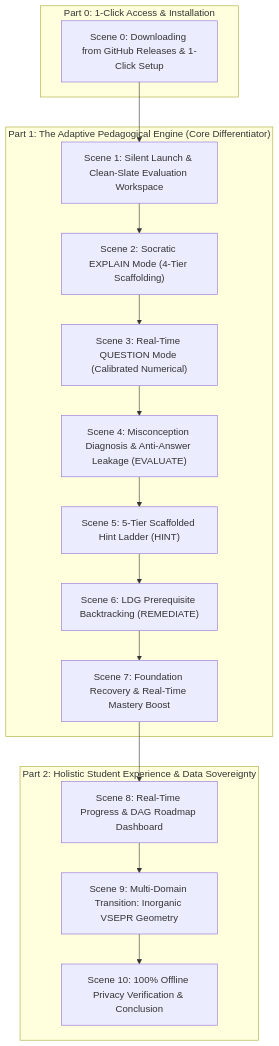
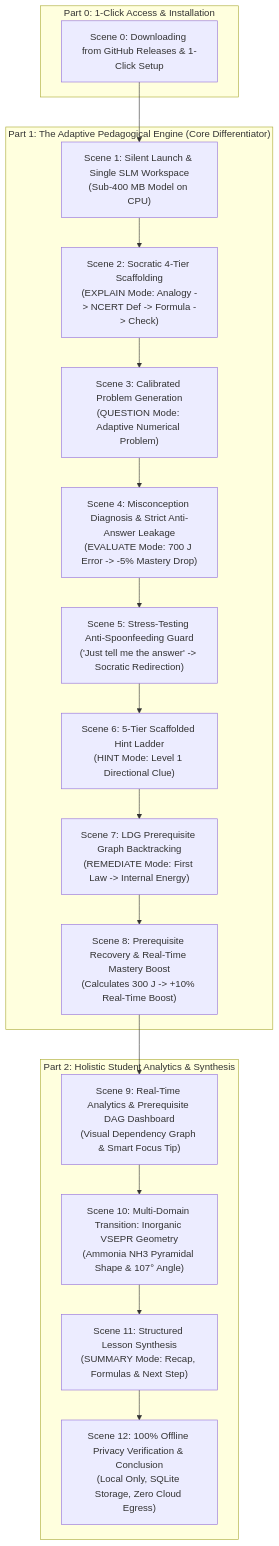
The diagram in DEMO_VIDEO_RECORDING_SCRIPT.md (ainabhinavsharma/Gayatri-Tutor-Chemistry), drawn with Mermaid before and after one commit. The commit also changed other lines of this file and 1 other file, not shown here.

Commit message:
docs(demo): complete 12-scene master demo video script for single SLM deployment

````diff
--- a/DEMO_VIDEO_RECORDING_SCRIPT.md
+++ b/DEMO_VIDEO_RECORDING_SCRIPT.md
@@ -28,22 +32,24 @@
 ```mermaid
 flowchart TD
     subgraph Part0 ["Part 0: 1-Click Access & Installation"]
         S0["Scene 0: Downloading from GitHub Releases & 1-Click Setup"]
     end
 
     subgraph Part1 ["Part 1: The Adaptive Pedagogical Engine (Core Differentiator)"]
-        S0 --> S1["Scene 1: Silent Launch & Clean-Slate Evaluation Workspace"]
-        S1 --> S2["Scene 2: Socratic EXPLAIN Mode (4-Tier Scaffolding)"]
-        S2 --> S3["Scene 3: Real-Time QUESTION Mode (Calibrated Numerical)"]
-        S3 --> S4["Scene 4: Misconception Diagnosis & Anti-Answer Leakage (EVALUATE)"]
-        S4 --> S5["Scene 5: 5-Tier Scaffolded Hint Ladder (HINT)"]
-        S5 --> S6["Scene 6: LDG Prerequisite Backtracking (REMEDIATE)"]
-        S6 --> S7["Scene 7: Foundation Recovery & Real-Time Mastery Boost"]
+        S0 --> S1["Scene 1: Silent Launch & Single SLM Workspace\n(Sub-400 MB Model on CPU)"]
+        S1 --> S2["Scene 2: Socratic 4-Tier Scaffolding\n(EXPLAIN Mode: Analogy -> NCERT Def -> Formula -> Check)"]
+        S2 --> S3["Scene 3: Calibrated Problem Generation\n(QUESTION Mode: Adaptive Numerical Problem)"]
+        S3 --> S4["Scene 4: Misconception Diagnosis & Strict Anti-Answer Leakage\n(EVALUATE Mode: 700 J Error -> -5% Mastery Drop)"]
+        S4 --> S5["Scene 5: Stress-Testing Anti-Spoonfeeding Guard\n('Just tell me the answer' -> Socratic Redirection)"]
+        S5 --> S6["Scene 6: 5-Tier Scaffolded Hint Ladder\n(HINT Mode: Level 1 Directional Clue)"]
+        S6 --> S7["Scene 7: LDG Prerequisite Graph Backtracking\n(REMEDIATE Mode: First Law -> Internal Energy)"]
+        S7 --> S8["Scene 8: Prerequisite Recovery & Real-Time Mastery Boost\n(Calculates 300 J -> +10% Real-Time Boost)"]
     end
 
-    subgraph Part2 ["Part 2: Holistic Student Experience & Data Sovereignty"]
-        S7 --> S8["Scene 8: Real-Time Progress & DAG Roadmap Dashboard"]
-        S8 --> S9["Scene 9: Multi-Domain Transition: Inorganic VSEPR Geometry"]
-        S9 --> S10["Scene 10: 100% Offline Privacy Verification & Conclusion"]
+    subgraph Part2 ["Part 2: Holistic Student Analytics & Synthesis"]
+        S8 --> S9["Scene 9: Real-Time Analytics & Prerequisite DAG Dashboard\n(Visual Dependency Graph & Smart Focus Tip)"]
+        S9 --> S10["Scene 10: Multi-Domain Transition: Inorganic VSEPR Geometry\n(Ammonia NH3 Pyramidal Shape & 107° Angle)"]
+        S10 --> S11["Scene 11: Structured Lesson Synthesis\n(SUMMARY Mode: Recap, Formulas & Next Step)"]
+        S11 --> S12["Scene 12: 100% Offline Privacy Verification & Conclusion\n(Local Only, SQLite Storage, Zero Cloud Egress)"]
     end
 ```
````
